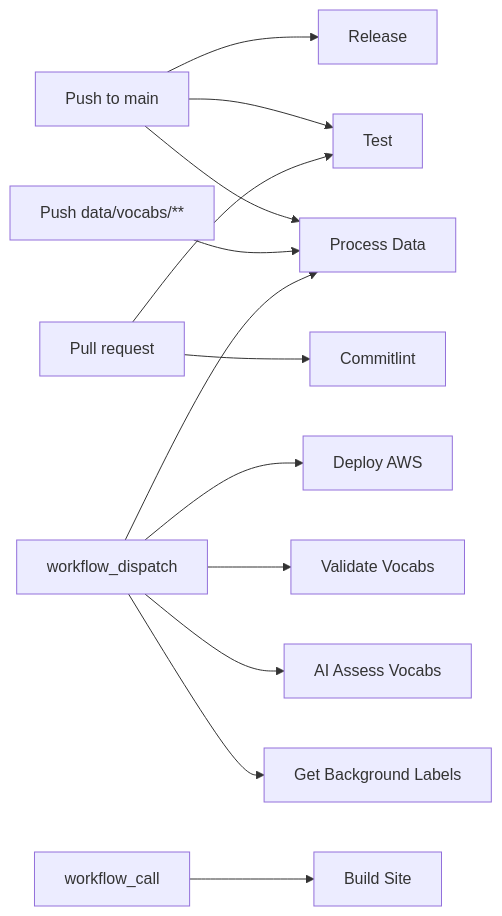
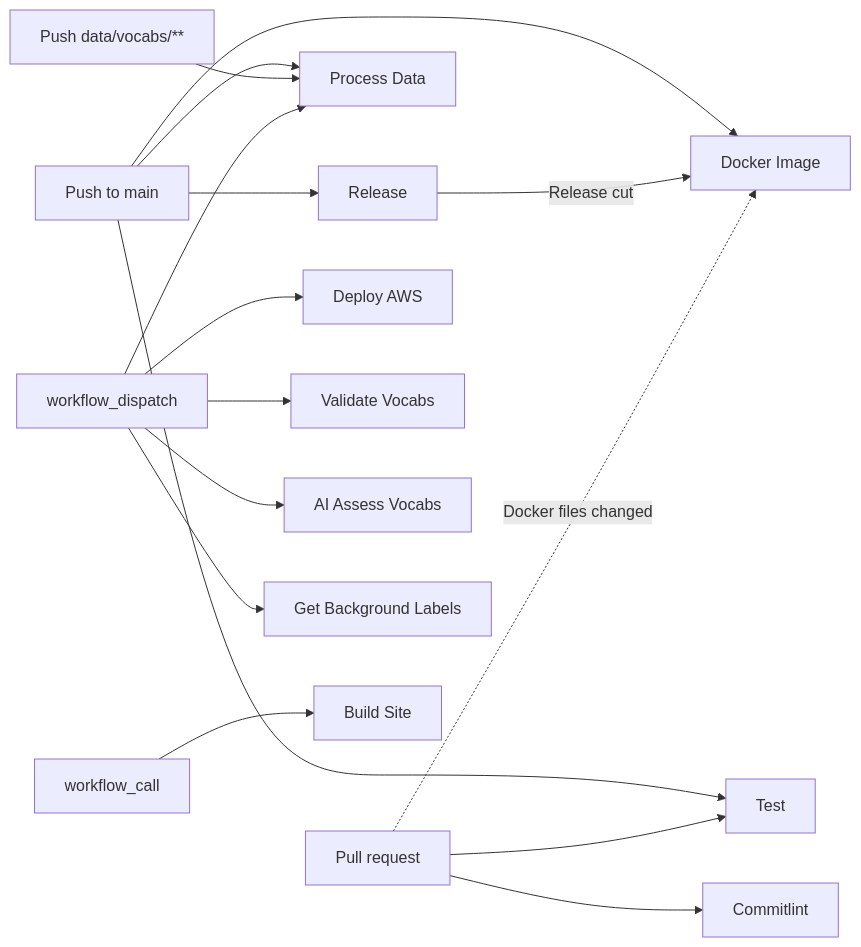
The first of 12 diagrams in docs/5-technical/ci-cd-workflows.md (Kurrawong/prez-lite), drawn with Mermaid before and after one commit. The commit also changed other lines of this file and 17 other files, not shown here.

First line of the commit message:
feat: docker image, compose file and ghcr publish workflow

````diff
--- a/docs/5-technical/ci-cd-workflows.md
+++ b/docs/5-technical/ci-cd-workflows.md
@@ -7,18 +7,21 @@
 ```mermaid
 flowchart LR
   push_main["Push to main"] --> release["Release"]
   push_main --> test["Test"]
   push_main --> proc_data["Process Data"]
+  push_main --> docker["Docker Image"]
+  release -->|"Release cut"| docker
   push_vocabs["Push data/vocabs/**"] --> proc_data
 
   pr["Pull request"] --> test
   pr --> commitlint["Commitlint"]
+  pr -.->|"Docker files changed"| docker
 
   dispatch["workflow_dispatch"] --> deploy_aws["Deploy AWS"]
   dispatch --> validate["Validate Vocabs"]
   dispatch --> ai_assess["AI Assess Vocabs"]
   dispatch --> labels["Get Background Labels"]
   dispatch --> proc_data
 
   wf_call["workflow_call"] --> build_site["Build Site"]
 ```
````
